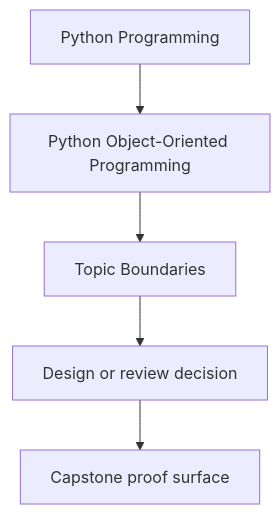
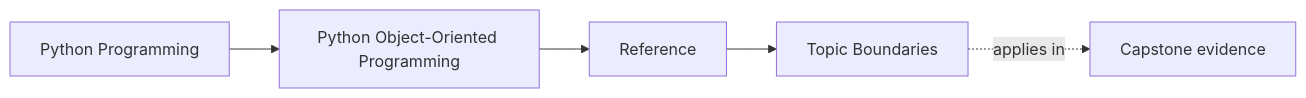
One commit to bijux/bijux-masterclass changed the first of 2 diagrams in programs/python-programming/python-object-oriented-programming/course-book/reference/topic-boundaries.md. Above: the diagram before and after it, drawn with Mermaid. The commit also changed other lines of this file and 103 other files, not shown here.

Commit message:
docs(python-object-oriented-programming): map sustainment and capstone surfaces

````diff
--- a/programs/python-programming/python-object-oriented-programming/course-book/reference/topic-boundaries.md
+++ b/programs/python-programming/python-object-oriented-programming/course-book/reference/topic-boundaries.md
@@ -7,7 +7,11 @@
 ```mermaid
-flowchart TD
-  family["Python Programming"] --> program["Python Object-Oriented Programming"]
-  program --> reference["Topic Boundaries"]
-  reference --> review["Design or review decision"]
-  review --> capstone["Capstone proof surface"]
+graph LR
+  family["Python Programming"]
+  program["Python Object-Oriented Programming"]
+  section["Reference"]
+  page["Topic Boundaries"]
+  capstone["Capstone evidence"]
+
+  family --> program --> section --> page
+  page -.applies in.-> capstone
 ```
````
